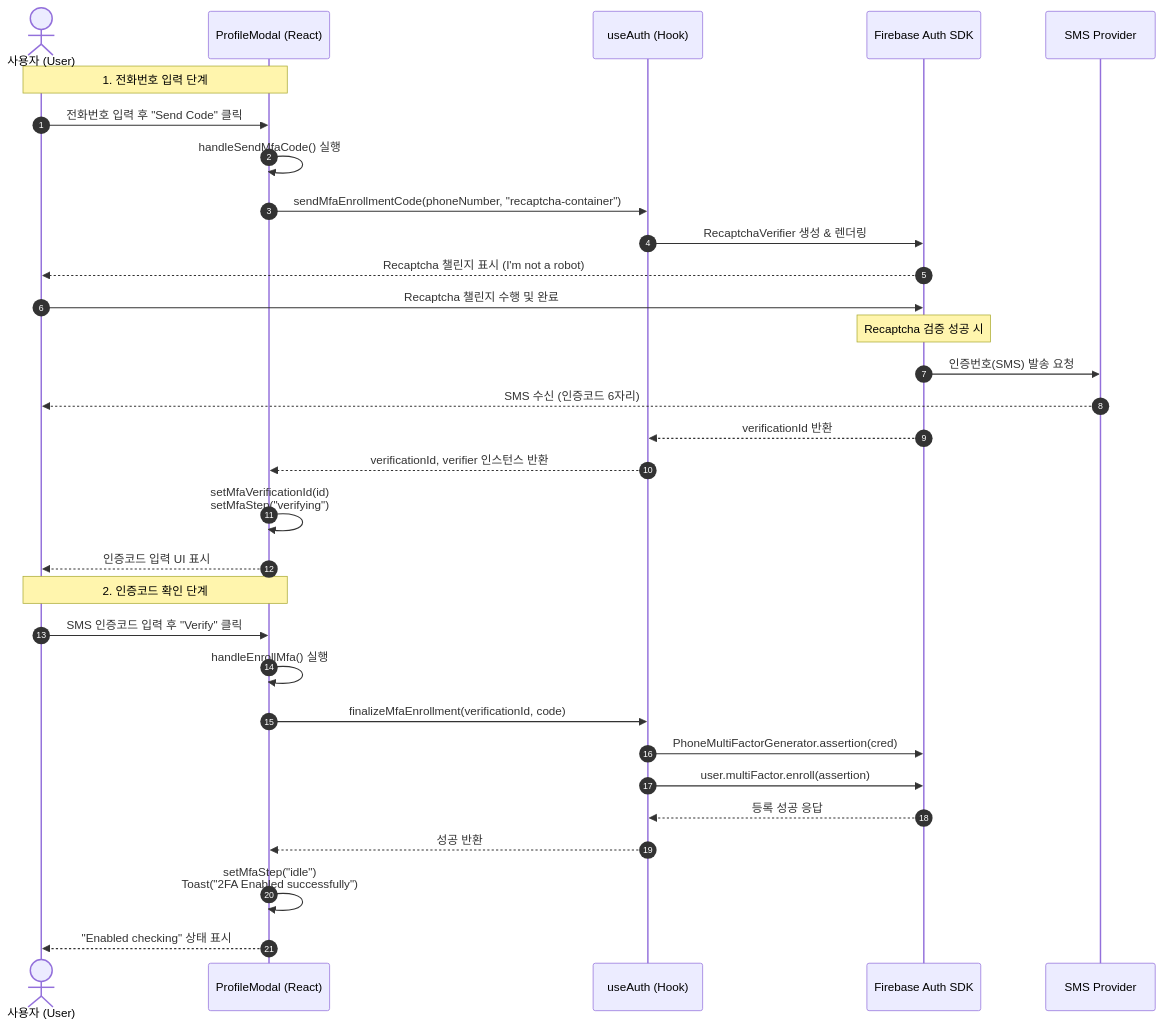
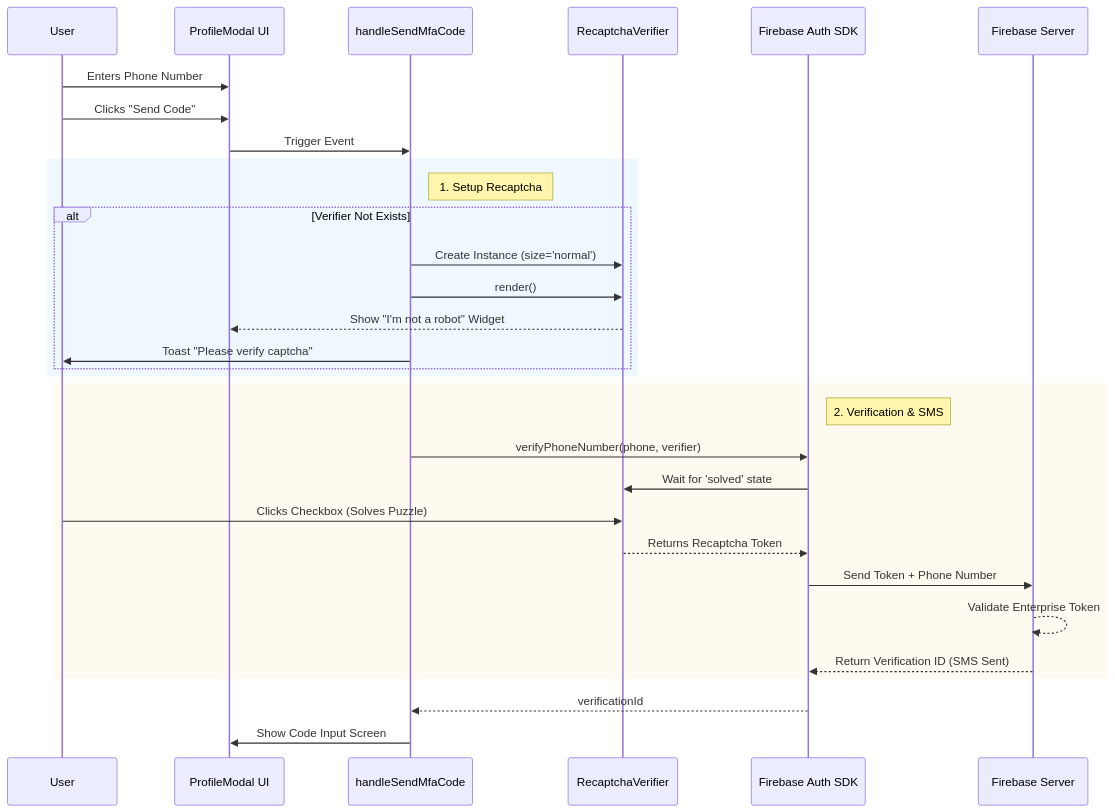
Before and after one commit to GithubJoshuaPark/ssdcpd-react: the first of 2 diagrams in Recaptcha.md, drawn with Mermaid. The commit also changed other lines of this file and 1 other file, not shown here.

Commit message:
docs: comprehensively document Firebase Auth reCAPTCHA Enterprise implementation, including MFA enrollment and sign-in flows.

````diff
--- a/Recaptcha.md
+++ b/Recaptcha.md
@@ -5,48 +82,39 @@
 ```mermaid
 sequenceDiagram
-    autonumber
-    actor User as 사용자 (User)
-    participant Component as ProfileModal (React)
-    participant UseAuth as useAuth (Hook)
-    participant Firebase as Firebase Auth SDK
-    participant SMS as SMS Provider
+    participant User
+    participant StandardUI as ProfileModal UI
+    participant Handler as handleSendMfaCode
+    participant Verifier as RecaptchaVerifier
+    participant SDK as Firebase Auth SDK
+    participant Server as Firebase Server
 
-    Note over User, Component: 1. 전화번호 입력 단계
+    User->>StandardUI: Enters Phone Number
+    User->>StandardUI: Clicks "Send Code"
+    StandardUI->>Handler: Trigger Event
 
-    User->>Component: 전화번호 입력 후 "Send Code" 클릭
-    Component->>Component: handleSendMfaCode() 실행
+    rect rgb(240, 248, 255)
+        Note right of Handler: 1. Setup Recaptcha
+        alt Verifier Not Exists
+            Handler->>Verifier: Create Instance (size='normal')
+            Handler->>Verifier: render()
+            Verifier-->>StandardUI: Show "I'm not a robot" Widget
+            Handler->>User: Toast "Please verify captcha"
+        end
+    end
 
-    Component->>UseAuth: sendMfaEnrollmentCode(phoneNumber, "recaptcha-container")
+    rect rgb(255, 250, 240)
+        Note right of SDK: 2. Verification & SMS
+        Handler->>SDK: verifyPhoneNumber(phone, verifier)
+        SDK->>Verifier: Wait for 'solved' state
 
-    UseAuth->>Firebase: RecaptchaVerifier 생성 & 렌더링
-    Firebase-->>User: Recaptcha 챌린지 표시 (I'm not a robot)
+        User->>Verifier: Clicks Checkbox (Solves Puzzle)
+        Verifier-->>SDK: Returns Recaptcha Token
 
-    User->>Firebase: Recaptcha 챌린지 수행 및 완료
+        SDK->>Server: Send Token + Phone Number
+        Server-->>Server: Validate Enterprise Token
+        Server-->>SDK: Return Verification ID (SMS Sent)
+    end
 
-    Note over Firebase: Recaptcha 검증 성공 시
-
-    Firebase->>SMS: 인증번호(SMS) 발송 요청
-    SMS-->>User: SMS 수신 (인증코드 6자리)
-
-    Firebase-->>UseAuth: verificationId 반환
-    UseAuth-->>Component: verificationId, verifier 인스턴스 반환
-
-    Component->>Component: setMfaVerificationId(id)<br/>setMfaStep("verifying")
-    Component-->>User: 인증코드 입력 UI 표시
-
-    Note over User, Component: 2. 인증코드 확인 단계
-
-    User->>Component: SMS 인증코드 입력 후 "Verify" 클릭
-    Component->>Component: handleEnrollMfa() 실행
-
-    Component->>UseAuth: finalizeMfaEnrollment(verificationId, code)
-
-    UseAuth->>Firebase: PhoneMultiFactorGenerator.assertion(cred)
-    UseAuth->>Firebase: user.multiFactor.enroll(assertion)
-
-    Firebase-->>UseAuth: 등록 성공 응답
-    UseAuth-->>Component: 성공 반환
-
-    Component->>Component: setMfaStep("idle")<br/>Toast("2FA Enabled successfully")
-    Component-->>User: "Enabled checking" 상태 표시
+    SDK-->>Handler: verificationId
+    Handler->>StandardUI: Show Code Input Screen
 ```
````
